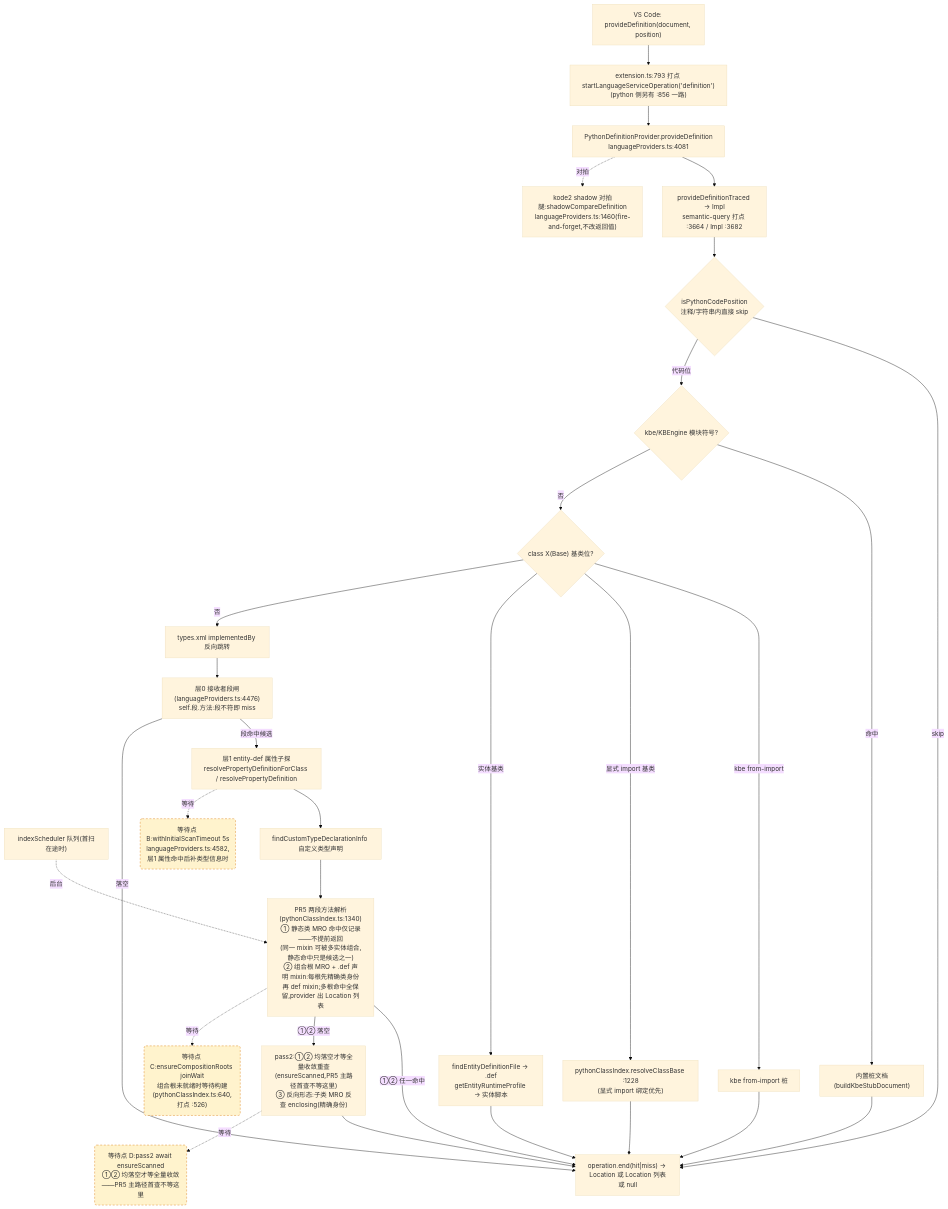
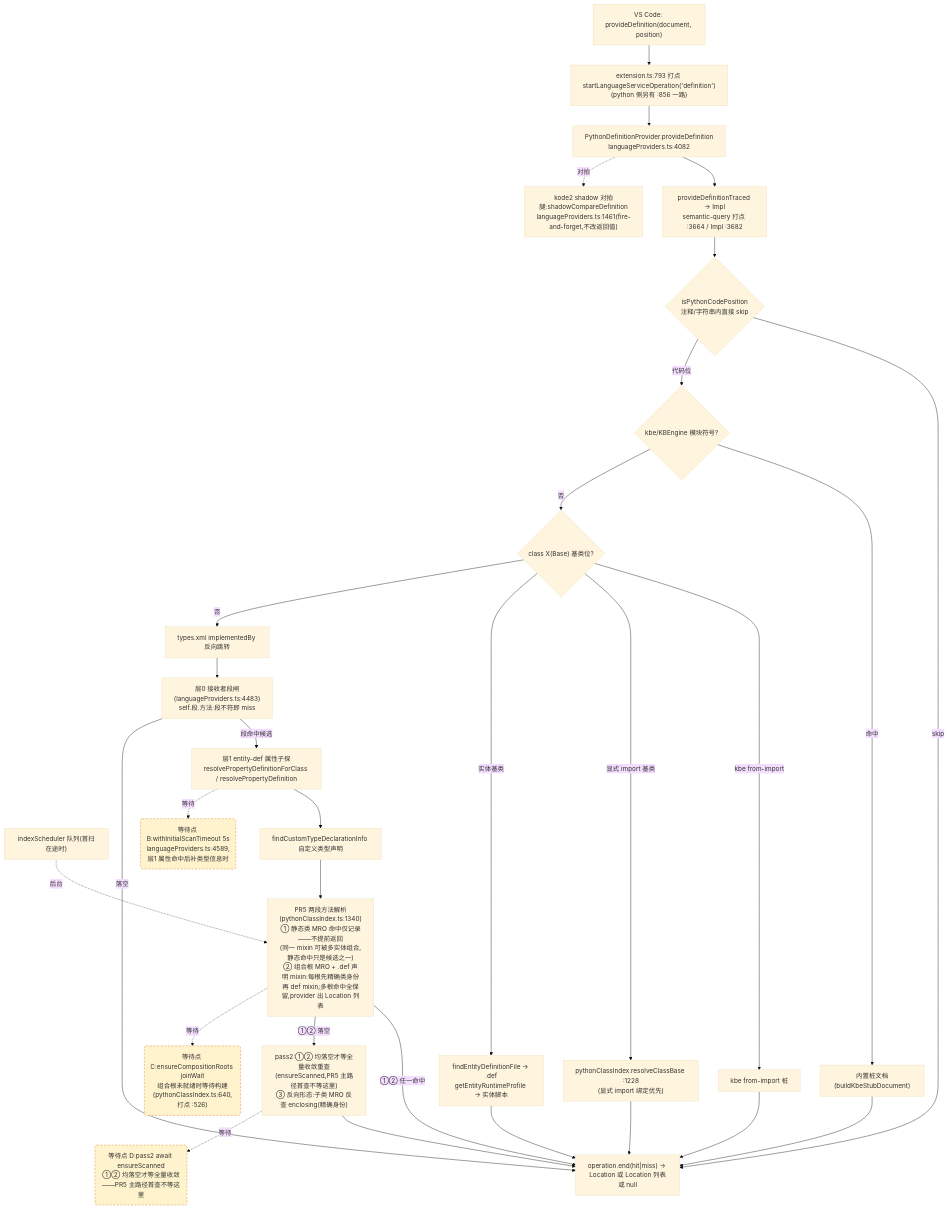
Before and after one commit to cuihairu/kode: the second of 4 diagrams in docs/perf/2026-baseline.md, drawn with Mermaid (base theme). The commit also changed other lines of this file and 6 other files, not shown here.

````diff
--- a/docs/perf/2026-baseline.md
+++ b/docs/perf/2026-baseline.md
@@ -130,51 +130,51 @@
 ```mermaid
 flowchart TD
   VC2["VS Code: provideDefinition(document, position)"]
   M2["extension.ts:793 打点 startLanguageServiceOperation('definition')<br/>(python 侧另有 :856 一路)"]
-  AD2["PythonDefinitionProvider.provideDefinition<br/>languageProviders.ts:4081"]
+  AD2["PythonDefinitionProvider.provideDefinition<br/>languageProviders.ts:4082"]
   TR["provideDefinitionTraced → Impl<br/>semantic-query 打点 :3664 / Impl :3682"]
   CTX{"isPythonCodePosition<br/>注释/字符串内直接 skip"}
   KBE{"kbe/KBEngine 模块符号?"}
   STUB["内置桩文档(buildKbeStubDocument)"]
   CB{"class X(Base) 基类位?"}
   CB1["kbe from-import 桩"]
   CB2["pythonClassIndex.resolveClassBase :1228<br/>(显式 import 绑定优先)"]
   CB3["findEntityDefinitionFile → .def<br/>getEntityRuntimeProfile → 实体脚本"]
   REV["types.xml implementedBy 反向跳转"]
-  L0["层0 接收者段闸(languageProviders.ts:4476)<br/>self.段.方法:段不符即 miss"]
+  L0["层0 接收者段闸(languageProviders.ts:4483)<br/>self.段.方法:段不符即 miss"]
   L1["层1 entity-def 属性子探<br/>resolvePropertyDefinitionForClass / resolvePropertyDefinition"]
   SCAN["indexScheduler 队列(首扫在途时)"]
   TY["findCustomTypeDeclarationInfo 自定义类型声明"]
   MRO["PR5 两段方法解析(pythonClassIndex.ts:1340)<br/>① 静态类 MRO 命中仅记录——不提前返回<br/>(同一 mixin 可被多实体组合,静态命中只是候选之一)<br/>② 组合根 MRO + .def 声明 mixin:每根先精确类身份<br/>再 def mixin;多根命中全保留,provider 出 Location 列表"]
   PASS2["pass2:①② 均落空才等全量收敛重查<br/>(ensureScanned,PR5 主路径首查不等这里)<br/>③ 反向形态:子类 MRO 反查 enclosing(精确身份)"]
-  SHD["kode2 shadow 对拍腿:shadowCompareDefinition<br/>languageProviders.ts:1460(fire-and-forget,不改返回值)"]
+  SHD["kode2 shadow 对拍腿:shadowCompareDefinition<br/>languageProviders.ts:1461(fire-and-forget,不改返回值)"]
   END2["operation.end(hit|miss) → Location 或 Location 列表或 null"]
 
   VC2 --> M2 --> AD2 --> TR --> CTX
   CTX -- "skip" --> END2
   CTX -- "代码位" --> KBE
   KBE -- "命中" --> STUB --> END2
   KBE -- "否" --> CB
   CB -- "kbe from-import" --> CB1 --> END2
   CB -- "显式 import 基类" --> CB2 --> END2
   CB -- "实体基类" --> CB3 --> END2
   CB -- "否" --> REV --> L0
   L0 -- "段命中候选" --> L1
   L0 -- "落空" --> END2
   L1 --> TY
   TY --> MRO
   MRO -- "①② 任一命中" --> END2
   MRO -- "①② 落空" --> PASS2 --> END2
   AD2 -.->|对拍| SHD
 
-  WAITB("等待点 B:withInitialScanTimeout 5s<br/>languageProviders.ts:4582,层1 属性命中后补类型信息时")
+  WAITB("等待点 B:withInitialScanTimeout 5s<br/>languageProviders.ts:4589,层1 属性命中后补类型信息时")
   WAITC("等待点 C:ensureCompositionRoots joinWait<br/>组合根未就绪时等待构建(pythonClassIndex.ts:640,打点 :526)")
   WAITD("等待点 D:pass2 await ensureScanned<br/>①② 均落空才等全量收敛——PR5 主路径首查不等这里")
   L1 -.->|等待| WAITB
   MRO -.->|等待| WAITC
   PASS2 -.->|等待| WAITD
   SCAN -.->|后台| MRO
 
   classDef waitPoint fill:#fff3cd,stroke:#d97706,stroke-dasharray:5 4;
   class WAITB,WAITC,WAITD waitPoint;
 ```
````
